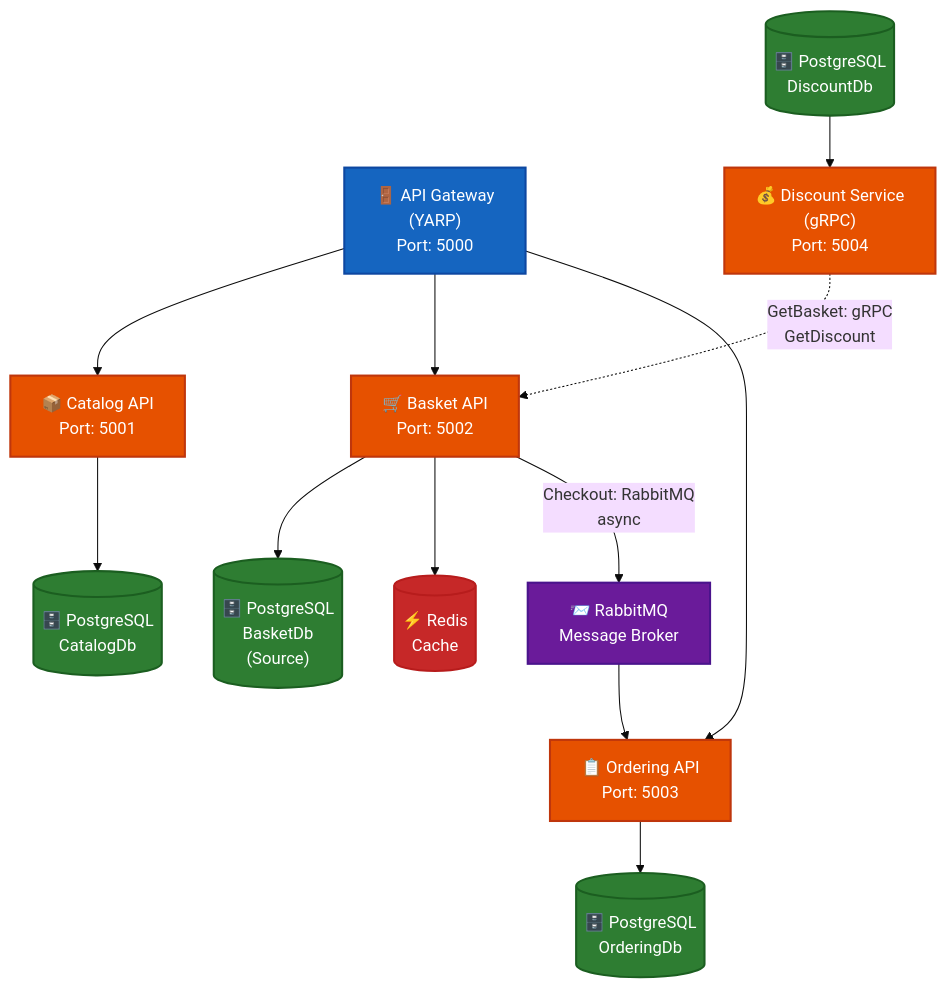
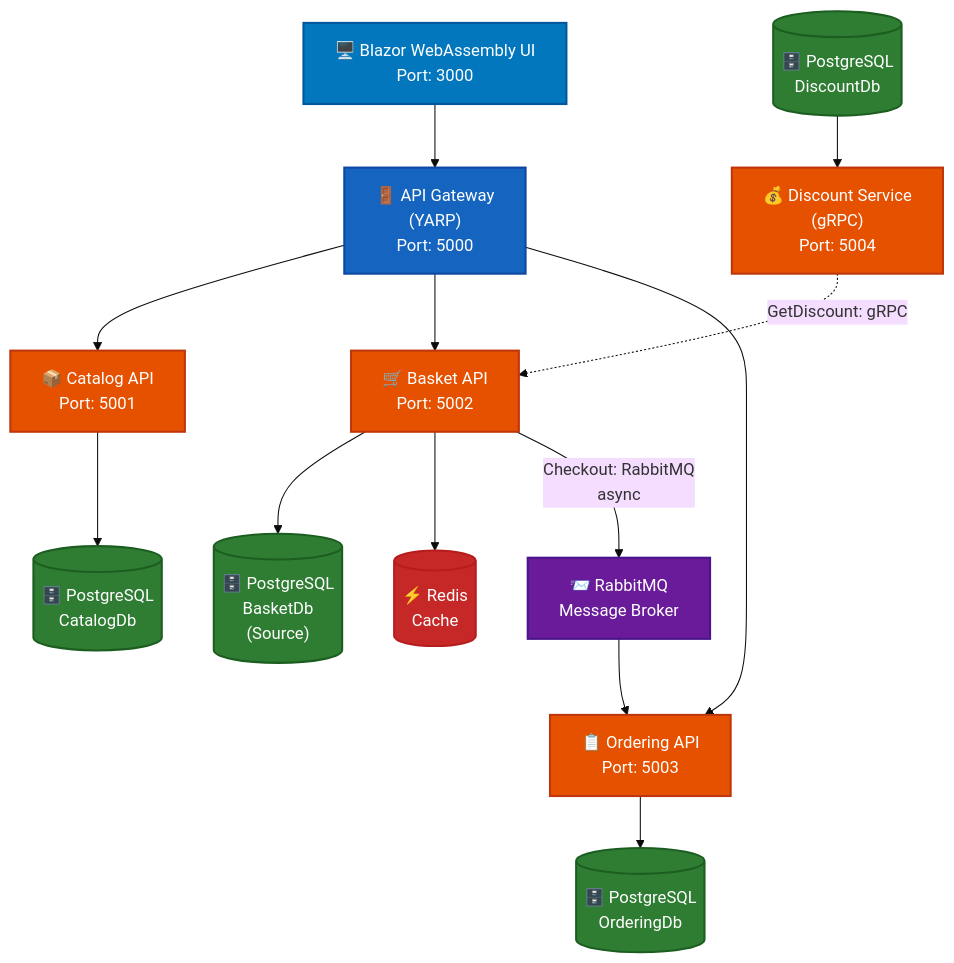
The diagram in README.md (kamillsen/microservice-eshop-me), drawn with Mermaid (base theme) before and after one commit. The commit also changed other lines of this file and 90 other files, not shown here.

First line of the commit message:
feat(docs): Blazor WebAssembly UI ve indirim sistemi için README güncellemesi

````diff
--- a/README.md
+++ b/README.md
@@ -94,33 +101,37 @@
 ```mermaid
 graph TB
-    Gateway["🚪 API Gateway<br/>(YARP)<br/>Port: 5000"]
+    UI["🖥️ Blazor WebAssembly UI<br/>Port: 3000"]
+    
+    UI --> Gateway["🚪 API Gateway<br/>(YARP)<br/>Port: 5000"]
     
     Gateway --> Catalog["📦 Catalog API<br/>Port: 5001"]
     Gateway --> Basket["🛒 Basket API<br/>Port: 5002"]
     Gateway --> Ordering["📋 Ordering API<br/>Port: 5003"]
     
     Catalog --> CatalogDb[("🗄️ PostgreSQL<br/>CatalogDb")]
     
     Basket --> BasketDb[("🗄️ PostgreSQL<br/>BasketDb<br/>(Source)")]
     Basket --> Redis[("⚡ Redis<br/>Cache")]
     
-    Discount["💰 Discount Service<br/>(gRPC)<br/>Port: 5004"] -.->|GetBasket: gRPC<br/>GetDiscount| Basket
+    Discount["💰 Discount Service<br/>(gRPC)<br/>Port: 5004"] -.->|GetDiscount: gRPC| Basket
     DiscountDb[("🗄️ PostgreSQL<br/>DiscountDb")] --> Discount
     
     Basket -->|Checkout: RabbitMQ<br/>async| RabbitMQ["📨 RabbitMQ<br/>Message Broker"]
     RabbitMQ --> Ordering
     
     Ordering --> OrderingDb[("🗄️ PostgreSQL<br/>OrderingDb")]
     
+    classDef uiStyle fill:#0277bd,stroke:#01579b,stroke-width:2px,color:#fff
     classDef gatewayStyle fill:#1565c0,stroke:#0d47a1,stroke-width:2px,color:#fff
     classDef apiStyle fill:#e65100,stroke:#bf360c,stroke-width:2px,color:#fff
     classDef redisStyle fill:#c62828,stroke:#b71c1c,stroke-width:2px,color:#fff
     classDef rabbitmqStyle fill:#6a1b9a,stroke:#4a148c,stroke-width:2px,color:#fff
     classDef dbStyle fill:#2e7d32,stroke:#1b5e20,stroke-width:2px,color:#fff
     
+    class UI uiStyle
     class Gateway gatewayStyle
     class Catalog,Basket,Ordering,Discount apiStyle
     class Redis redisStyle
     class RabbitMQ rabbitmqStyle
     class CatalogDb,BasketDb,DiscountDb,OrderingDb dbStyle
 ```
````
